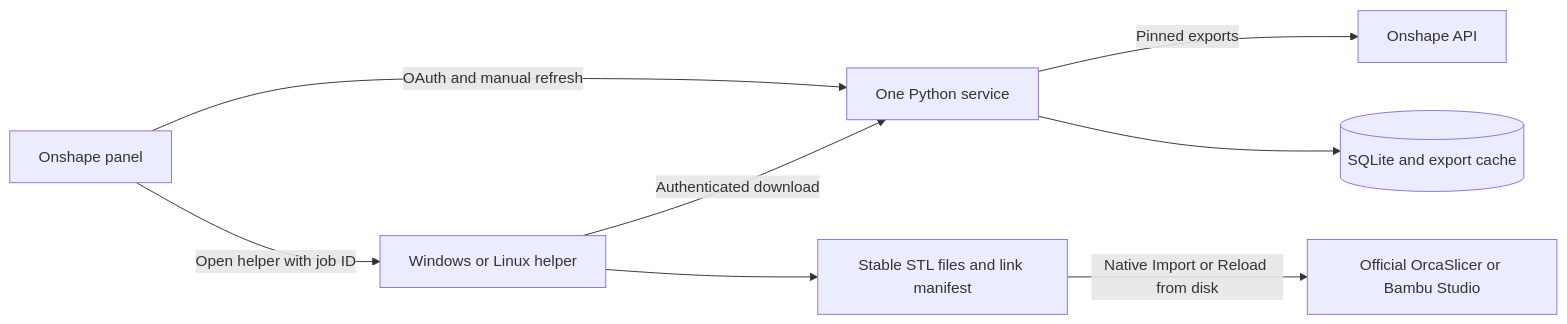
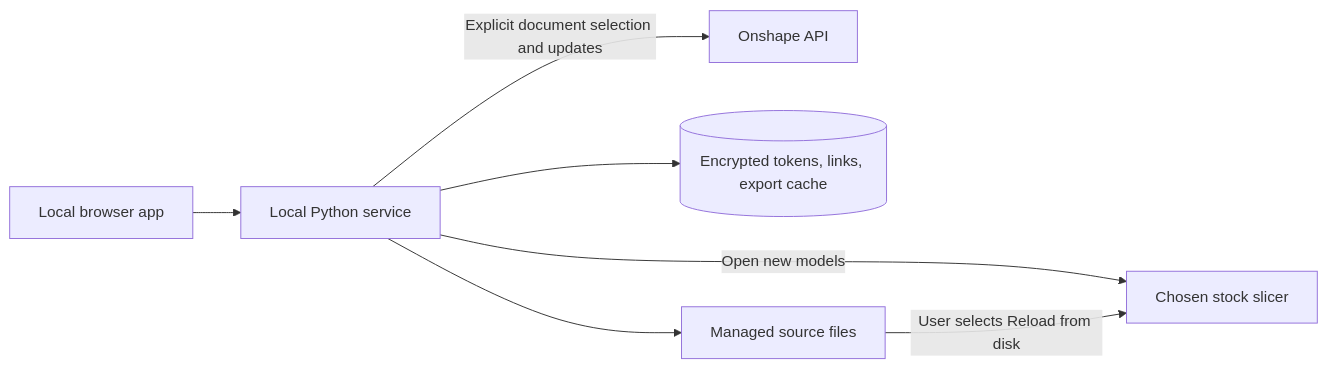
Before and after one commit to LeoHougaard/onshape-slicer-link: the diagram in docs/architecture.md, drawn with Mermaid. The commit also changed other lines of this file and 27 other files, not shown here.

Commit message:
Build local document-to-slicer workflow with automatic model handoff

````diff
--- a/docs/architecture.md
+++ b/docs/architecture.md
@@ -7,10 +7,9 @@
 ```mermaid
 flowchart LR
-    A[Onshape panel] -->|OAuth and manual refresh| B[One Python service]
-    B -->|Pinned exports| C[Onshape API]
-    B --> D[(SQLite and export cache)]
-    A -->|Open helper with job ID| E[Windows or Linux helper]
-    E -->|Authenticated download| B
-    E --> F[Stable STL files and link manifest]
-    F -->|Native Import or Reload from disk| G[Official OrcaSlicer or Bambu Studio]
+    A[Local browser app] --> B[Local Python service]
+    B -->|Explicit document selection and updates| C[Onshape API]
+    B --> D[(Encrypted tokens, links, export cache)]
+    B --> E[Managed source files]
+    B -->|Open new models| F[Chosen stock slicer]
+    E -->|User selects Reload from disk| F
 ```
````
